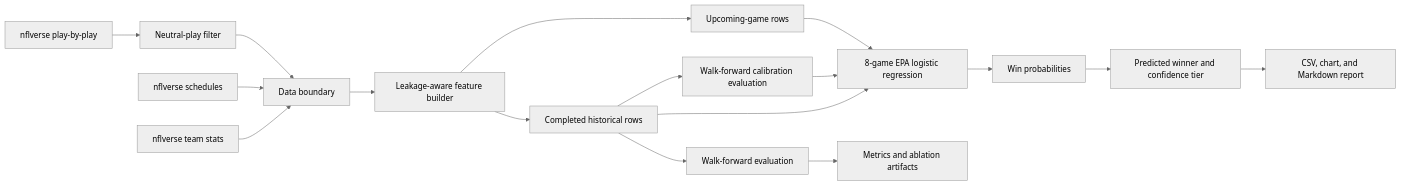
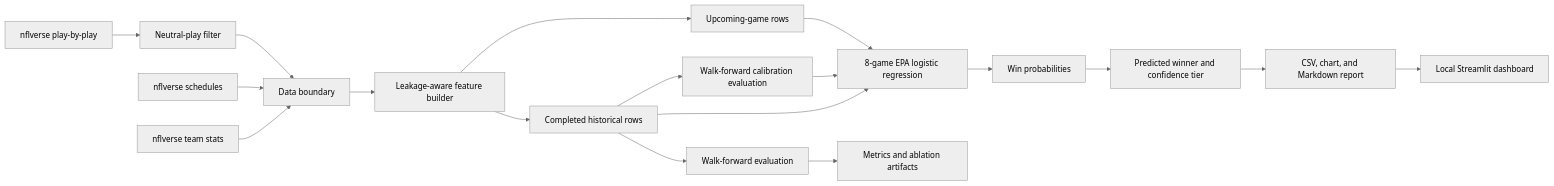
The diagram in docs/architecture.md (evanperkins7/NFLPredictor), drawn with Mermaid (neutral theme) before and after one commit. The commit also changed 4 other files, not shown here.

````diff
--- a/docs/architecture.md
+++ b/docs/architecture.md
@@ -7,19 +7,20 @@
 ```mermaid
 flowchart LR
     A["nflverse team stats"] --> C["Data boundary"]
     B["nflverse schedules"] --> C
     N["nflverse play-by-play"] --> P["Neutral-play filter"]
     P --> C
     C --> D["Leakage-aware feature builder"]
     D --> E["Completed historical rows"]
     D --> F["Upcoming-game rows"]
     E --> G["8-game EPA logistic regression"]
     E --> M["Walk-forward calibration evaluation"]
     M --> G
     G --> H["Win probabilities"]
     F --> G
     H --> I["Predicted winner and confidence tier"]
     I --> J["CSV, chart, and Markdown report"]
+    J --> U["Local Streamlit dashboard"]
     E --> K["Walk-forward evaluation"]
     K --> L["Metrics and ablation artifacts"]
 ```
````
